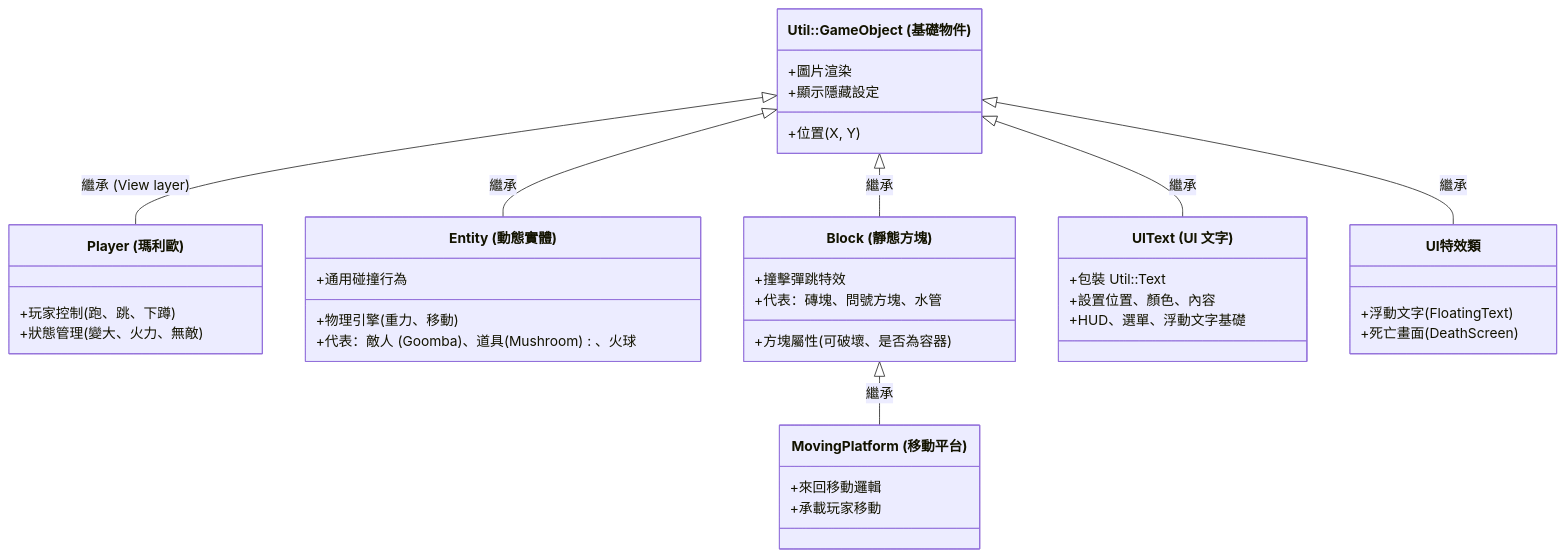
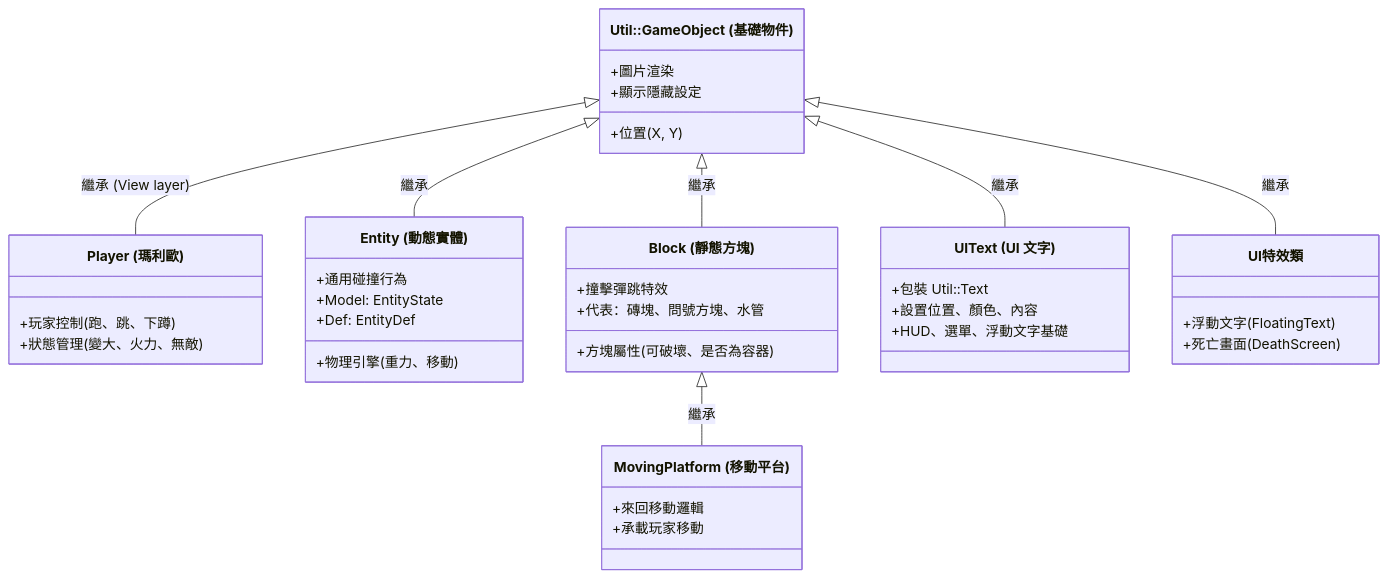
One commit to Andy87877/NTUT_OOPL_mario changed the first of 16 diagrams in Constructure.md. Above: the diagram before and after it, drawn with Mermaid. The commit also changed other lines of this file and 81 other files, not shown here.

````diff
--- a/Constructure.md
+++ b/Constructure.md
@@ -13,53 +11,54 @@
 ```mermaid
 classDiagram
     direction TB
 
     %% 基礎物件
     class GameObject["Util::GameObject (基礎物件)"] {
         +位置 (X, Y)
         +圖片渲染
         +顯示隱藏設定
     }
 
     %% 衍生類別
     class Player["Player (瑪利歐)"] {
         +玩家控制 (跑、跳、下蹲)
         +狀態管理 (變大、火力、無敵)
     }
 
     class Entity["Entity (動態實體)"] {
         +物理引擎 (重力、移動)
         +通用碰撞行為
-        +代表：敵人 (Goomba)、道具 (Mushroom)、火球
+        +Model: EntityState
+        +Def: EntityDef
     }
 
     class Block["Block (靜態方塊)"] {
         +方塊屬性 (可破壞、是否為容器)
         +撞擊彈跳特效
         +代表：磚塊、問號方塊、水管
     }
 
     class MovingPlatform["MovingPlatform (移動平台)"] {
         +來回移動邏輯
         +承載玩家移動
     }
 
     class UIText["UIText (UI 文字)"] {
         +包裝 Util::Text
         +設置位置、顏色、內容
         +HUD、選單、浮動文字基礎
     }
 
     class UIElement["UI特效類"] {
         +浮動文字 (FloatingText)
         +死亡畫面 (DeathScreen)
     }
 
     %% 繼承關係
     GameObject <|-- Player : 繼承 (View layer)
     GameObject <|-- Entity : 繼承
     GameObject <|-- Block : 繼承
     GameObject <|-- UIText : 繼承
     GameObject <|-- UIElement : 繼承
     Block <|-- MovingPlatform : 繼承
 ```
````
